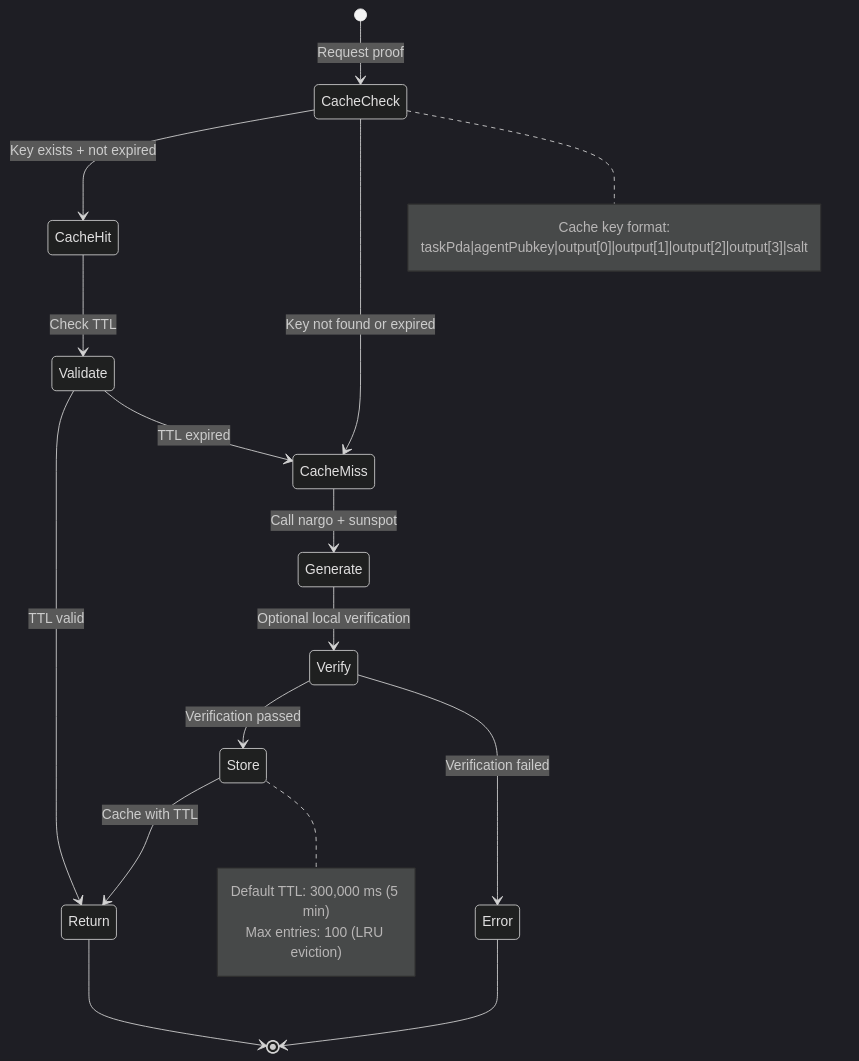
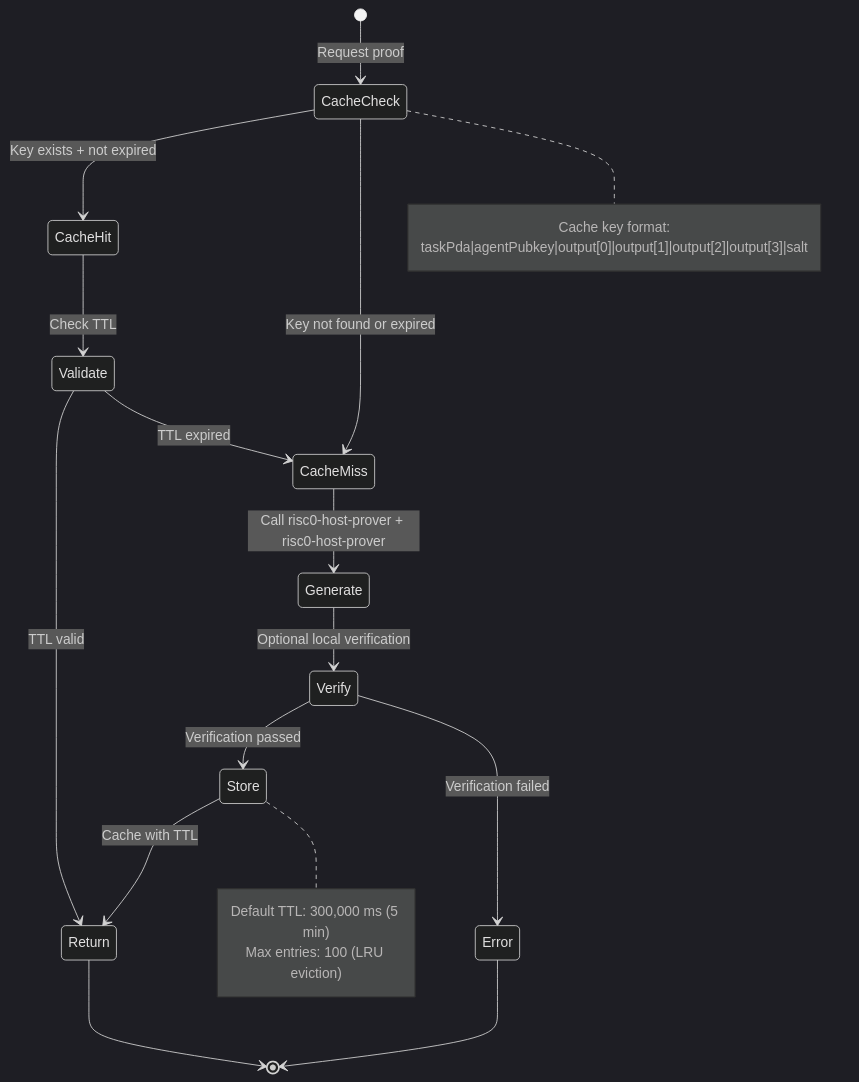
The third of 5 diagrams in docs/architecture/flows/zk-proof-flow.md (tetsuo-ai/AgenC), drawn with Mermaid (dark theme) before and after one commit. The commit also changed other lines of this file and 123 other files, not shown here.

````diff
--- a/docs/architecture/flows/zk-proof-flow.md
+++ b/docs/architecture/flows/zk-proof-flow.md
@@ -103,29 +103,29 @@
 ```mermaid
 stateDiagram-v2
     [*] --> CacheCheck: Request proof
     CacheCheck --> CacheHit: Key exists + not expired
     CacheCheck --> CacheMiss: Key not found or expired
 
     CacheHit --> Validate: Check TTL
     Validate --> Return: TTL valid
     Validate --> CacheMiss: TTL expired
 
-    CacheMiss --> Generate: Call nargo + sunspot
+    CacheMiss --> Generate: Call risc0-host-prover + risc0-host-prover
     Generate --> Verify: Optional local verification
     Verify --> Store: Verification passed
     Verify --> Error: Verification failed
     Store --> Return: Cache with TTL
 
     Return --> [*]
     Error --> [*]
 
     note right of CacheCheck
         Cache key format:
         taskPda|agentPubkey|output[0]|output[1]|output[2]|output[3]|salt
     end note
 
     note right of Store
         Default TTL: 300,000 ms (5 min)
         Max entries: 100 (LRU eviction)
     end note
 ```
````
